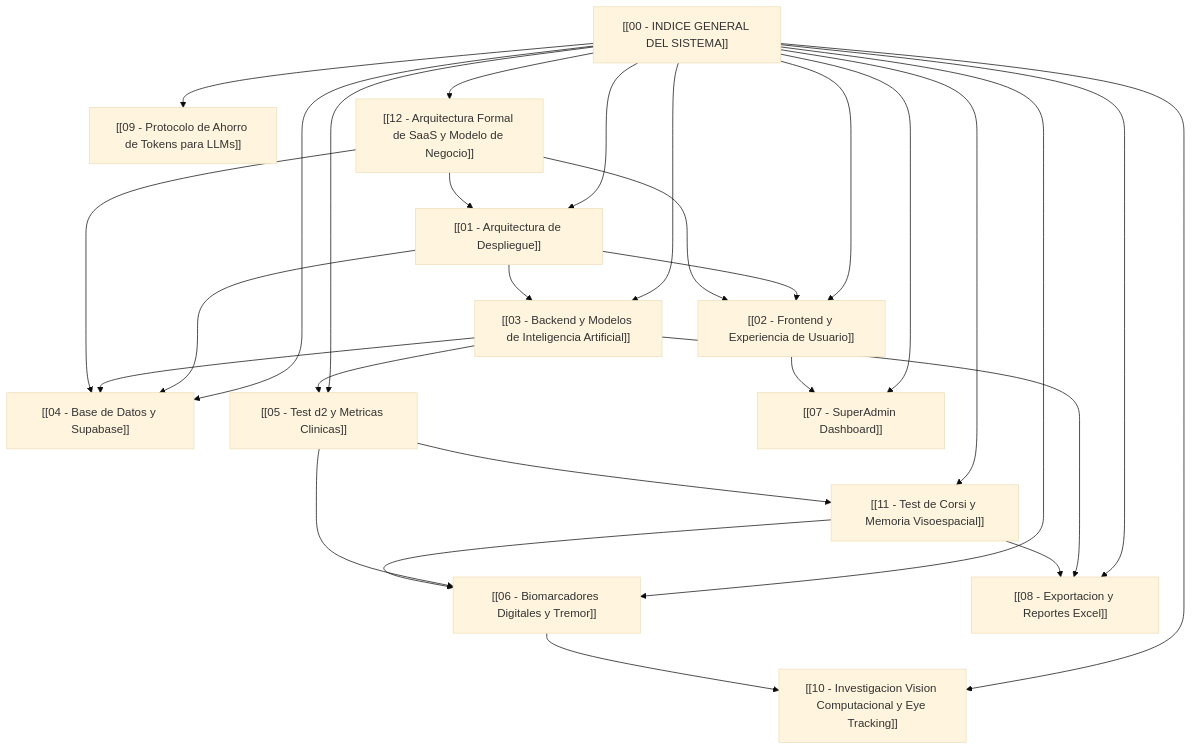
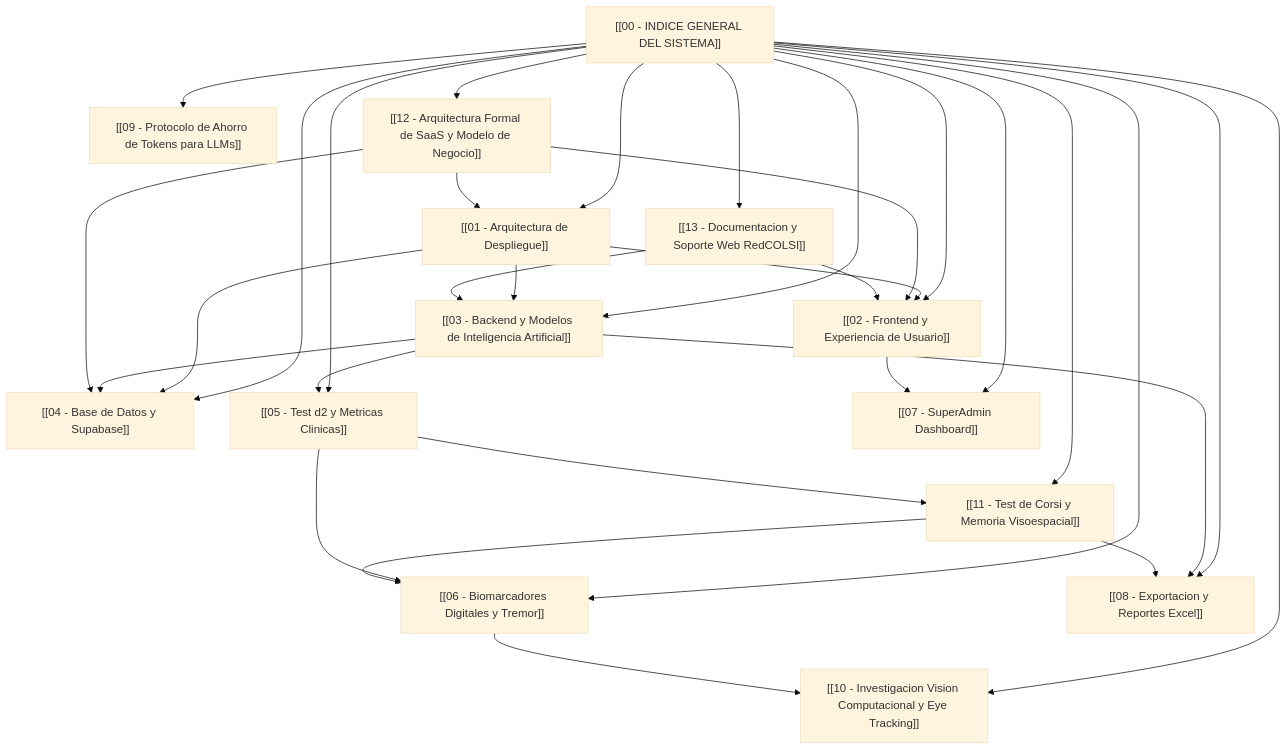
The diagram in obsidian_vault/00 - INDICE GENERAL DEL SISTEMA.md (dillanino05-create/PRLC_PROFESSIONAL_WEB), drawn with Mermaid (base theme) before and after one commit. The commit also changed other lines of this file and 4 other files, not shown here.

Commit message:
docs: add RedCOLSI presentation documentation page and master markdown

````diff
--- a/obsidian_vault/00 - INDICE GENERAL DEL SISTEMA.md
+++ b/obsidian_vault/00 - INDICE GENERAL DEL SISTEMA.md
@@ -10,31 +10,34 @@
 ```mermaid
 graph TD
     A["[[00 - INDICE GENERAL DEL SISTEMA]]"] --> B["[[01 - Arquitectura de Despliegue]]"]
     A --> C["[[02 - Frontend y Experiencia de Usuario]]"]
     A --> D["[[03 - Backend y Modelos de Inteligencia Artificial]]"]
     A --> E["[[04 - Base de Datos y Supabase]]"]
     A --> F["[[05 - Test d2 y Metricas Clinicas]]"]
     A --> G["[[06 - Biomarcadores Digitales y Tremor]]"]
     A --> H["[[07 - SuperAdmin Dashboard]]"]
     A --> I["[[08 - Exportacion y Reportes Excel]]"]
     A --> J["[[09 - Protocolo de Ahorro de Tokens para LLMs]]"]
     A --> K["[[10 - Investigacion Vision Computacional y Eye Tracking]]"]
     A --> L["[[11 - Test de Corsi y Memoria Visoespacial]]"]
     A --> M["[[12 - Arquitectura Formal de SaaS y Modelo de Negocio]]"]
+    A --> N["[[13 - Documentacion y Soporte Web RedCOLSI]]"]
 
     B --> C
     B --> D
     B --> E
     D --> E
     D --> F
     F --> G
     C --> H
     D --> I
     G --> K
     F --> L
     L --> G
     L --> I
     M --> B
     M --> E
     M --> C
+    N --> C
+    N --> D
 ```
````
